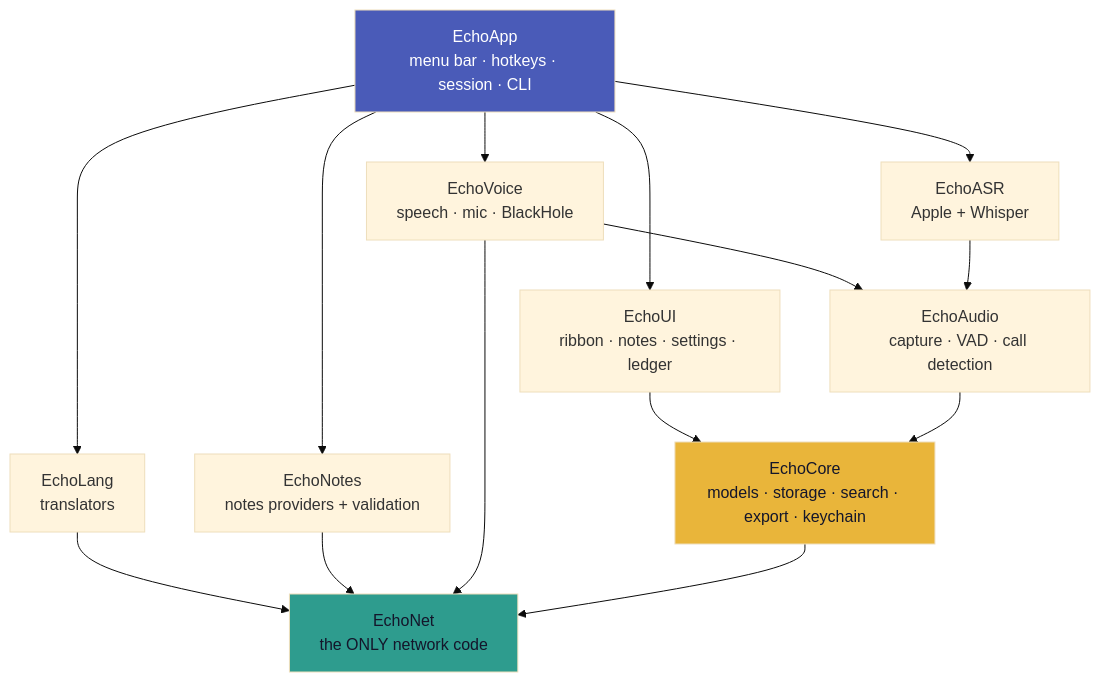
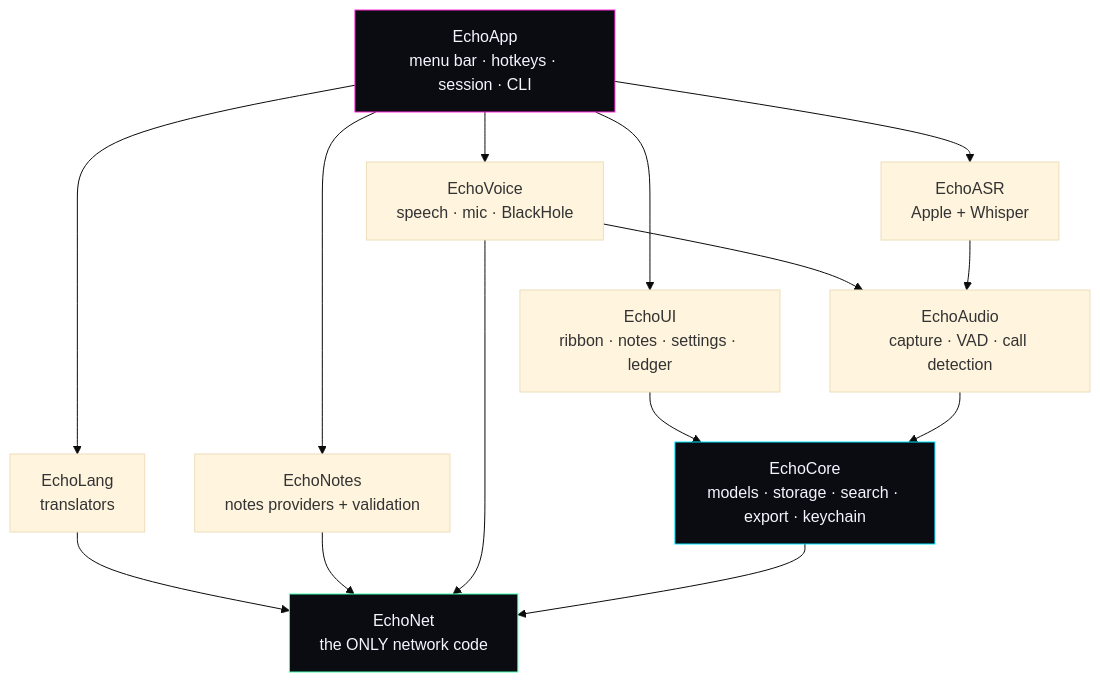
The fourth of 5 diagrams in docs/ARCHITECTURE.md (Ayush277/chitter), drawn with Mermaid (base theme) before and after one commit. The commit also changed other lines of this file and 73 other files, not shown here.

````diff
--- a/docs/ARCHITECTURE.md
+++ b/docs/ARCHITECTURE.md
@@ -80,19 +80,19 @@
 ```mermaid
 graph TD
     APP[EchoApp<br/>menu bar · hotkeys · session · CLI] --> UI[EchoUI<br/>ribbon · notes · settings · ledger]
     APP --> VOICE[EchoVoice<br/>speech · mic · BlackHole]
     APP --> ASR[EchoASR<br/>Apple + Whisper]
     APP --> LANG[EchoLang<br/>translators]
     APP --> NOTES[EchoNotes<br/>notes providers + validation]
     UI --> CORE
     VOICE --> AUDIO[EchoAudio<br/>capture · VAD · call detection]
     ASR --> AUDIO
     AUDIO --> CORE[EchoCore<br/>models · storage · search · export · keychain]
     LANG --> NET[EchoNet<br/>the ONLY network code]
     NOTES --> NET
     VOICE --> NET
     CORE --> NET
-    style NET fill:#2E9C8E,color:#14162B
-    style CORE fill:#E9B53A,color:#14162B
-    style APP fill:#4A5BB8,color:#fff
+    style NET fill:#0B0B12,stroke:#3DFFA8,color:#F4F6FF
+    style CORE fill:#0B0B12,stroke:#00E5FF,color:#F4F6FF
+    style APP fill:#0B0B12,stroke:#FF2BD6,color:#F4F6FF
 ```
````
